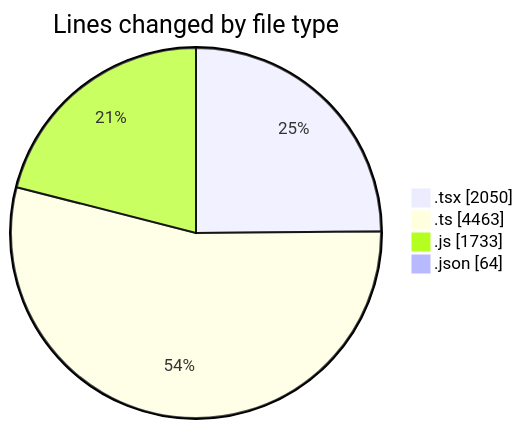
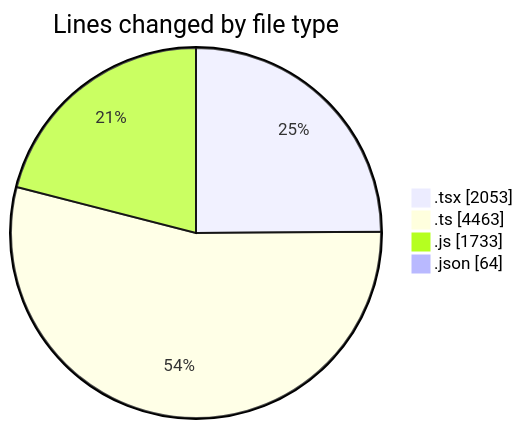
The first of 2 diagrams in 2026-07-30/cda/README.md (momahboobian/code-tracking), drawn with Mermaid before and after one commit. The commit also changed other lines of this file and 1 other file, not shown here.

````diff
--- a/2026-07-30/cda/README.md
+++ b/2026-07-30/cda/README.md
@@ -47,8 +47,8 @@
 ```mermaid
 pie showData
 title Lines changed by file type
-".tsx" : 2050
+".tsx" : 2053
 ".ts" : 4463
 ".js" : 1733
 ".json" : 64
 ```
````
